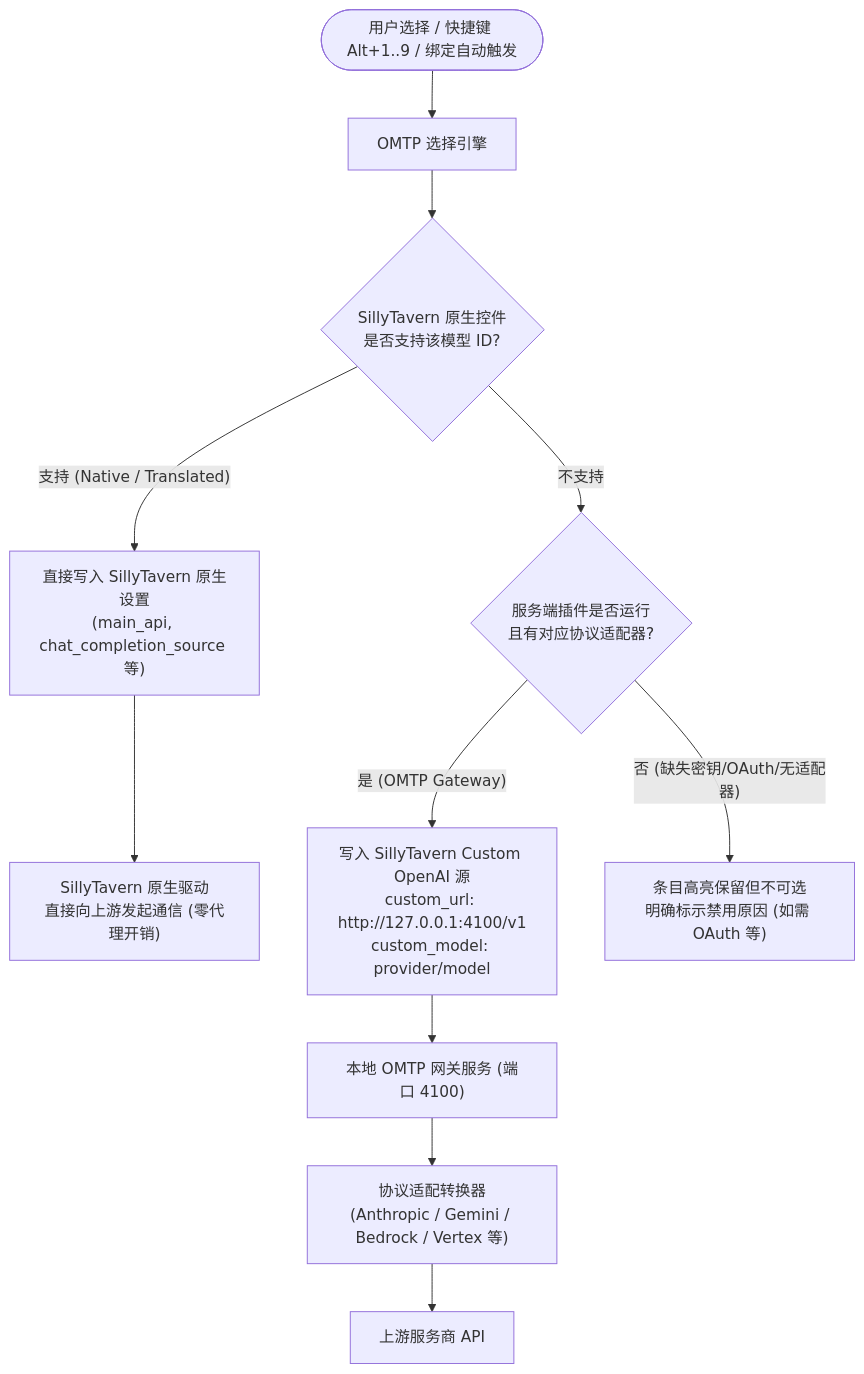
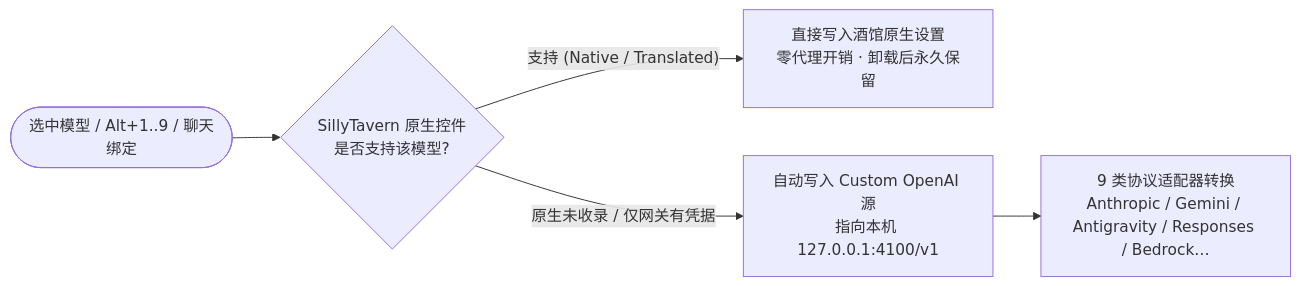
Before and after one commit to BHLuotianyi/Oh-My-Tavern-Providers: the diagram in README.md, drawn with Mermaid. The commit also changed other lines of this file and 85 other files, not shown here.

````diff
--- a/README.md
+++ b/README.md
@@ -55,18 +88,7 @@
 ```mermaid
-flowchart TD
-    Trigger([用户选择 / 快捷键 Alt+1..9 / 绑定自动触发]) --> Hub[OMTP 选择引擎]
-    Hub --> NativeCheck{SillyTavern 原生控件<br/>是否支持该模型 ID?}
-    
-    %% Track 1: Native Direct
-    NativeCheck -- "支持 (Native / Translated)" --> WriteNative["直接写入 SillyTavern 原生设置<br/>(main_api, chat_completion_source 等)"]
-    WriteNative --> STDirect["SillyTavern 原生驱动<br/>直接向上游发起通信 (零代理开销)"]
-    
-    %% Track 2: Gateway Forwarding
-    NativeCheck -- "不支持" --> GWCheck{"服务端插件是否运行<br/>且有对应协议适配器?"}
-    GWCheck -- "是 (OMTP Gateway)" --> WriteCustom["写入 SillyTavern Custom OpenAI 源<br/>custom_url: http://127.0.0.1:4100/v1<br/>custom_model: provider/model"]
-    WriteCustom --> LocalGW["本地 OMTP 网关服务 (端口 4100)"]
-    LocalGW --> ProtocolAdapter["协议适配转换器<br/>(Anthropic / Gemini / Bedrock / Vertex 等)"]
-    ProtocolAdapter --> UpstreamAPI["上游服务商 API"]
-    
-    GWCheck -- "否 (缺失密钥/OAuth/无适配器)" --> MarkDisabled["条目高亮保留但不可选<br/>明确标示禁用原因 (如需 OAuth 等)"]
+flowchart LR
+    Pick([选中模型 / Alt+1..9 / 聊天绑定]) --> Check{SillyTavern 原生控件<br/>是否支持该模型?}
+    Check -- "支持 (Native / Translated)" --> Native["直接写入酒馆原生设置<br/>零代理开销 · 卸载后永久保留"]
+    Check -- "原生未收录 / 仅网关有凭据" --> GW["自动写入 Custom OpenAI 源<br/>指向本机 127.0.0.1:4100/v1"]
+    GW --> Adapter["9 类协议适配器转换<br/>Anthropic / Gemini / Antigravity / Responses / Bedrock…"]
 ```
````
